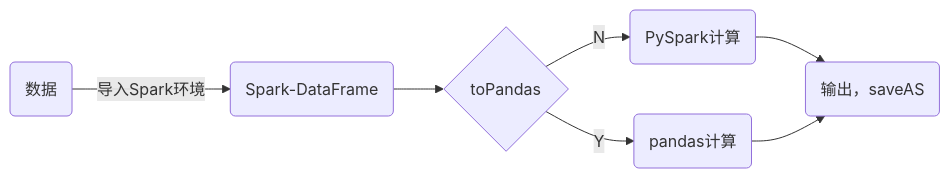
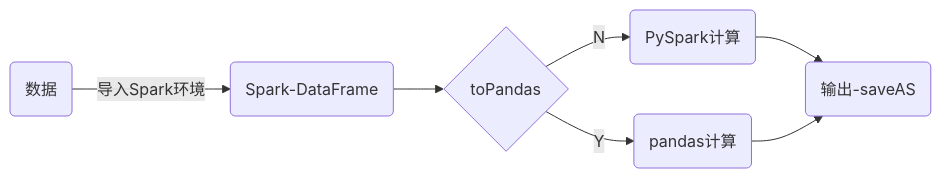
The first of 2 diagrams in 2021/11/da-pyspark-beginning/index.md (unclehuzi/unclehuzi.github.io), drawn with Mermaid before and after one commit. The commit also changed other lines of this file and 9 other files, not shown here.

```diff
--- a/2021/11/da-pyspark-beginning/index.md
+++ b/2021/11/da-pyspark-beginning/index.md
@@ -16,9 +16,9 @@
 {{< mermaid >}}
 graph LR;
     A(数据) -->|导入Spark环境| B(Spark-DataFrame)
     B --> C{toPandas}
     C -->|N| D(PySpark计算)
     C -->|Y| E(pandas计算)
-    D --> F(输出，saveAS)
-    E --> F(输出，saveAS)
+    D --> F(输出-saveAS)
+    E --> F(输出-saveAS)
 {{< /mermaid >}}
```
